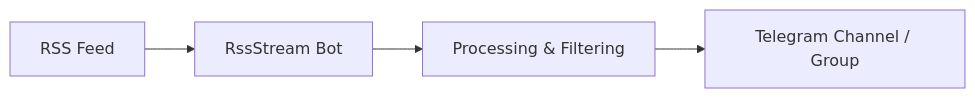
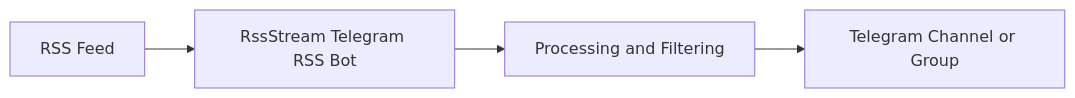
The diagram in README.md (YonlinZ/Rss-To-Telegram-Bot), drawn with Mermaid before and after one commit. The commit also changed other lines of this file, not shown here.

`````diff
--- a/README.md
+++ b/README.md
@@ -55,6 +59,6 @@
 ```mermaid
 flowchart LR
-A[RSS Feed] --> B[RssStream Bot]
-B --> C[Processing & Filtering]
-C --> D[Telegram Channel / Group]
-````
+A[RSS Feed] --> B[RssStream Telegram RSS Bot]
+B --> C[Processing and Filtering]
+C --> D[Telegram Channel or Group]
+```
`````
